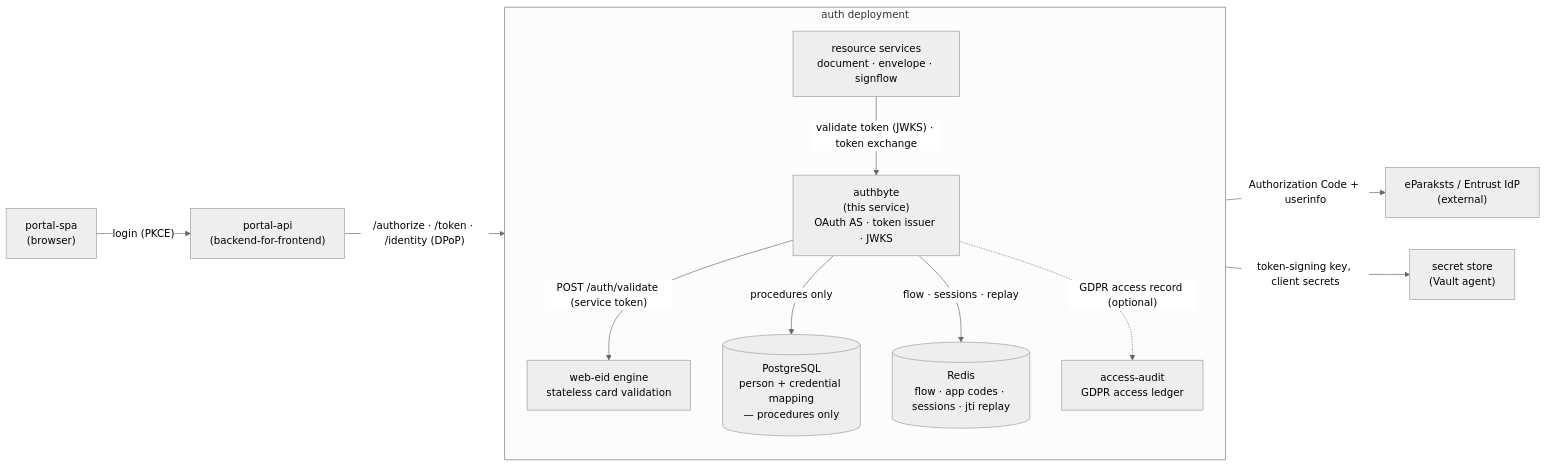
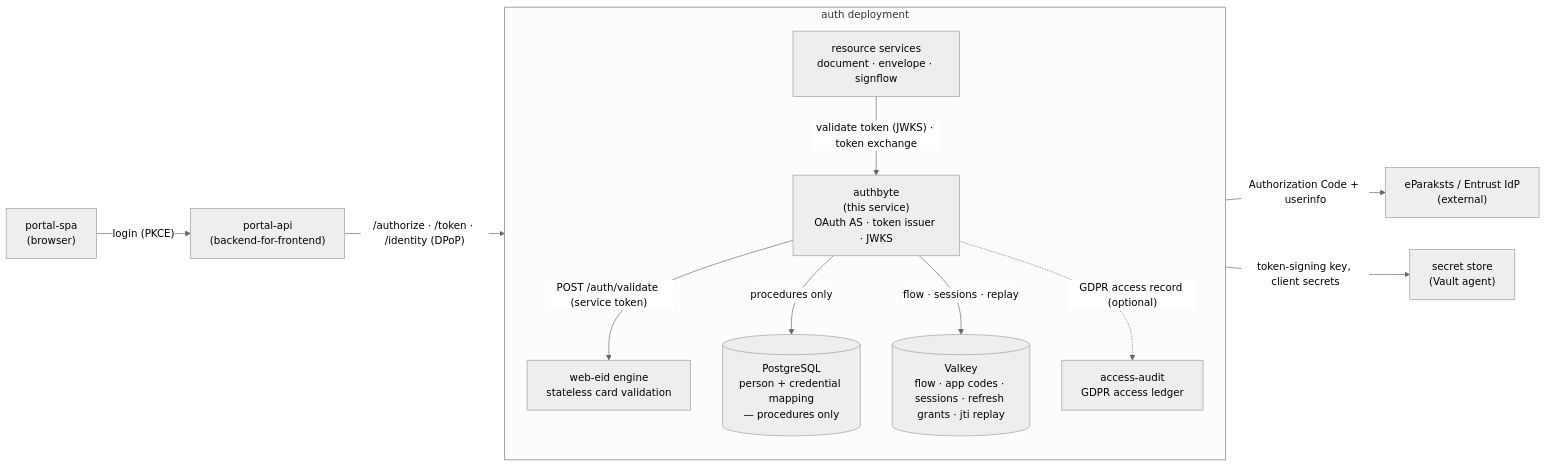
One commit to go-make-bytes/authbyte changed the first of 3 diagrams in README.md. Above: the diagram before and after it, drawn with Mermaid (neutral theme). The commit also changed other lines of this file and 30 other files, not shown here.

Commit message:
Give the refresh token its own value, end sessions server to server, keep sessions in the application cache

````diff
--- a/README.md
+++ b/README.md
@@ -17,28 +17,28 @@
 ```mermaid
 flowchart LR
     SPA["portal-spa<br/>(browser)"]
     BFF["portal-api<br/>(backend-for-frontend)"]
 
     subgraph Fleet["auth deployment"]
         direction TB
         AC["authbyte<br/>(this service)<br/>OAuth AS · token issuer · JWKS"]
         WE["web-eid engine<br/>stateless card validation"]
         AA["access-audit<br/>GDPR access ledger"]
         RS["resource services<br/>document · envelope · signflow"]
-        RD[(Redis<br/>flow · app codes · sessions · jti replay)]
+        RD[(Valkey<br/>flow · app codes · sessions · refresh grants · jti replay)]
         PG[(PostgreSQL<br/>person + credential mapping<br/>— procedures only)]
     end
 
     IDP["eParaksts / Entrust IdP<br/>(external)"]
     VAULT["secret store<br/>(Vault agent)"]
 
     SPA -->|"login (PKCE)"| BFF
     BFF -->|"/authorize · /token · /identity (DPoP)"| AC
     AC -->|"Authorization Code + userinfo"| IDP
     AC -->|"POST /auth/validate (service token)"| WE
     AC -->|"procedures only"| PG
     AC -->|"flow · sessions · replay"| RD
     AC -.->|"GDPR access record (optional)"| AA
     AC -->|"token-signing key, client secrets"| VAULT
     RS -->|"validate token (JWKS) · token exchange"| AC
 ```
````
